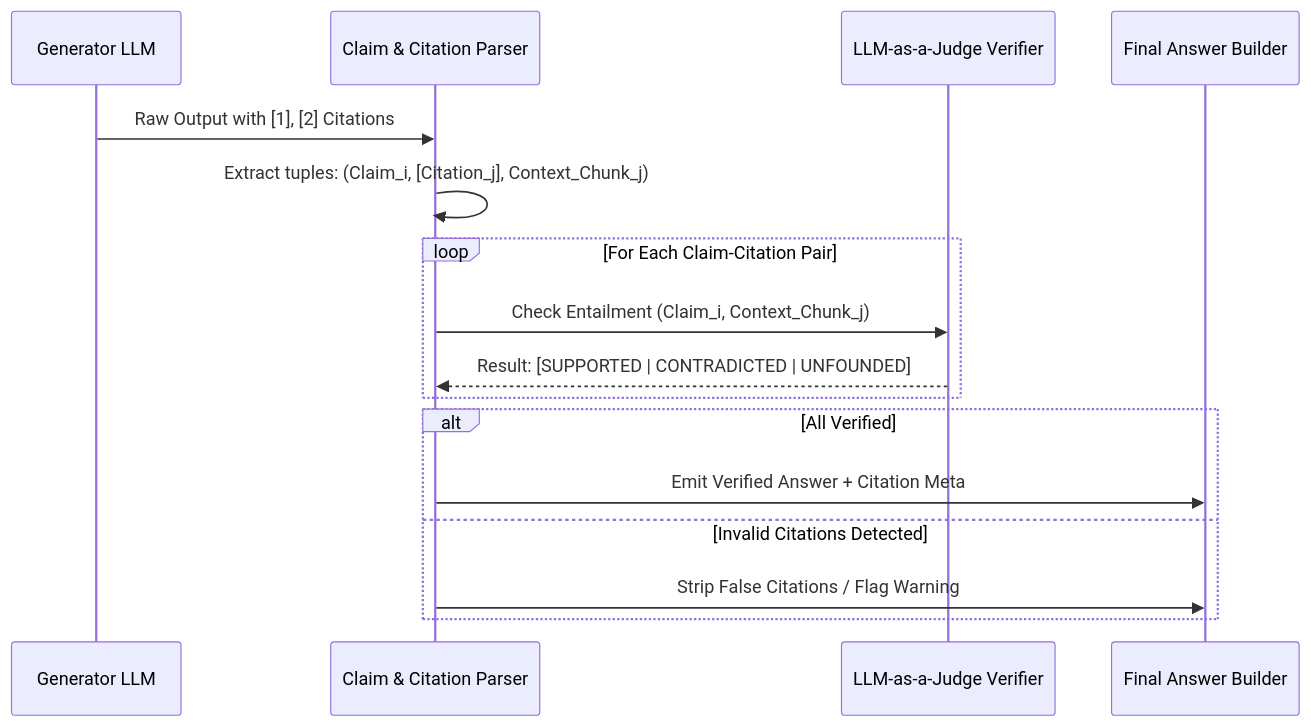
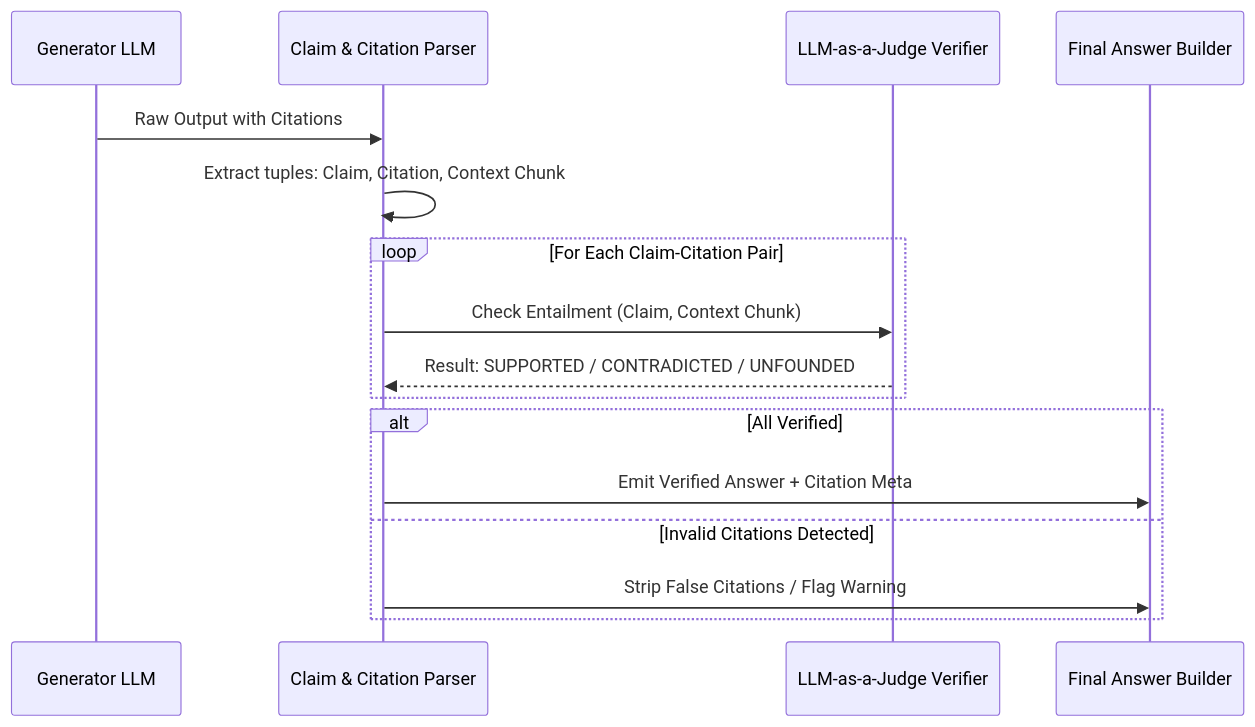
One commit to rishabh6900/RAG-Pipeline-with-Hybrid-Search changed the second of 2 diagrams in ARCHITECTURE.md. Above: the diagram before and after it, drawn with Mermaid. The commit also changed 1 other file, not shown here.

Commit message:
docs: update mermaid diagrams in architecture and readme files

````diff
--- a/ARCHITECTURE.md
+++ b/ARCHITECTURE.md
@@ -220,19 +220,19 @@
 ```mermaid
 sequenceDiagram
     participant LLM as Generator LLM
     participant Parser as Claim & Citation Parser
     participant Judge as LLM-as-a-Judge Verifier
     participant Response as Final Answer Builder
 
-    LLM->>Parser: Raw Output with [1], [2] Citations
-    Parser->>Parser: Extract tuples: (Claim_i, [Citation_j], Context_Chunk_j)
+    LLM->>Parser: Raw Output with Citations
+    Parser->>Parser: Extract tuples: Claim, Citation, Context Chunk
     loop For Each Claim-Citation Pair
-        Parser->>Judge: Check Entailment (Claim_i, Context_Chunk_j)
-        Judge-->>Parser: Result: [SUPPORTED | CONTRADICTED | UNFOUNDED]
+        Parser->>Judge: Check Entailment (Claim, Context Chunk)
+        Judge-->>Parser: Result: SUPPORTED / CONTRADICTED / UNFOUNDED
     end
     alt All Verified
         Parser->>Response: Emit Verified Answer + Citation Meta
     else Invalid Citations Detected
         Parser->>Response: Strip False Citations / Flag Warning
     end
 ```
````
